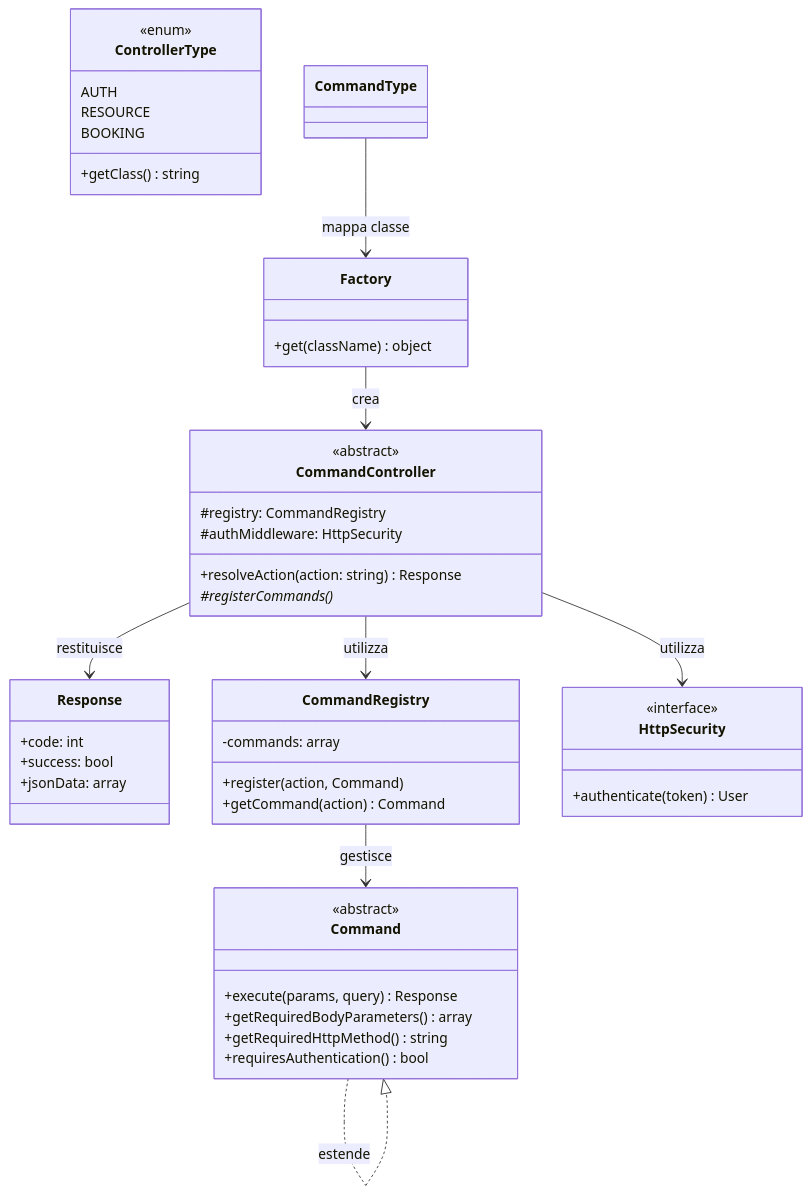
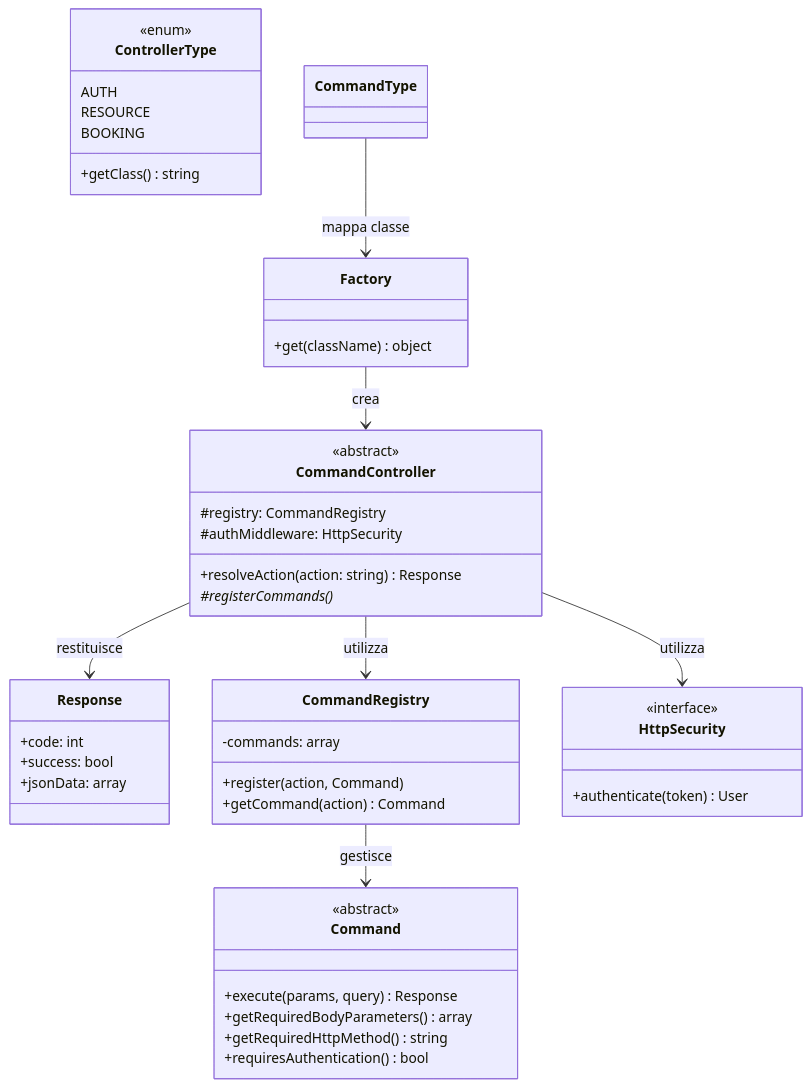
The third of 4 diagrams in consegna docu/architettura_base/Controller.md (mb4dev/progetto-prova), drawn with Mermaid before and after one commit. The commit also changed other lines of this file and 14 other files, not shown here.

````diff
--- a/consegna docu/architettura_base/Controller.md
+++ b/consegna docu/architettura_base/Controller.md
@@ -117,55 +66,54 @@
 ```mermaid
 classDiagram
 class CommandController {
     <<abstract>>
     #registry: CommandRegistry
     #authMiddleware: HttpSecurity
     +resolveAction(action: string) Response
     #registerCommands()*
 }
 
 class Response {
     +code: int
     +success: bool
     +jsonData: array
 }
 
 class CommandRegistry {
     -commands: array
     +register(action, Command)
     +getCommand(action) Command
 }
 
 class HttpSecurity {
     <<interface>>
     +authenticate(token) User
 }
 
 class Command {
     <<abstract>>
     +execute(params, query) Response
     +getRequiredBodyParameters() array
     +getRequiredHttpMethod() string
     +requiresAuthentication() bool
 }
 
 class Factory {
     +get(className) object
 }
 
 class ControllerType {
     <<enum>>
     AUTH
     RESOURCE
     BOOKING
     +getClass() string
 }
 
 CommandController --> CommandRegistry : utilizza
 CommandController --> HttpSecurity : utilizza
 CommandController --> Response : restituisce
 CommandRegistry --> Command : gestisce
-Command ..|> Command : estende
 Factory --> CommandController : crea
 CommandType --> Factory : mappa classe
 ```
````
